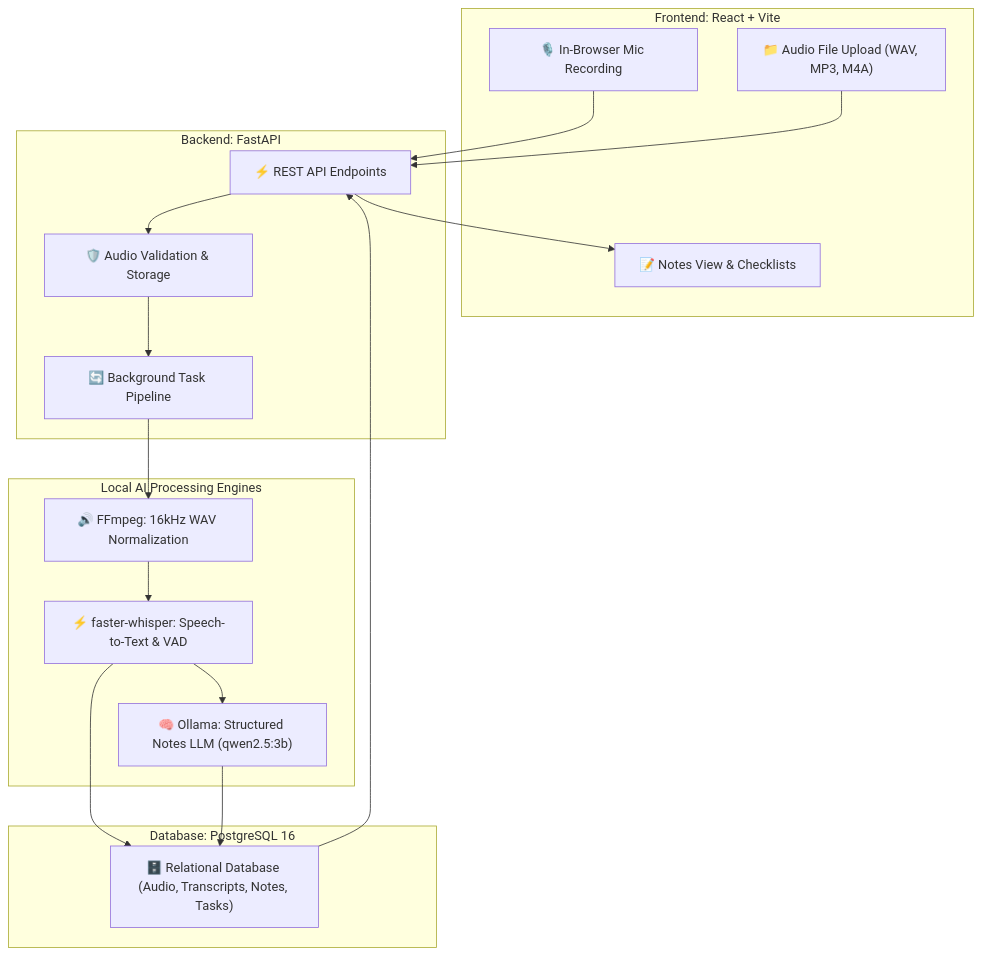
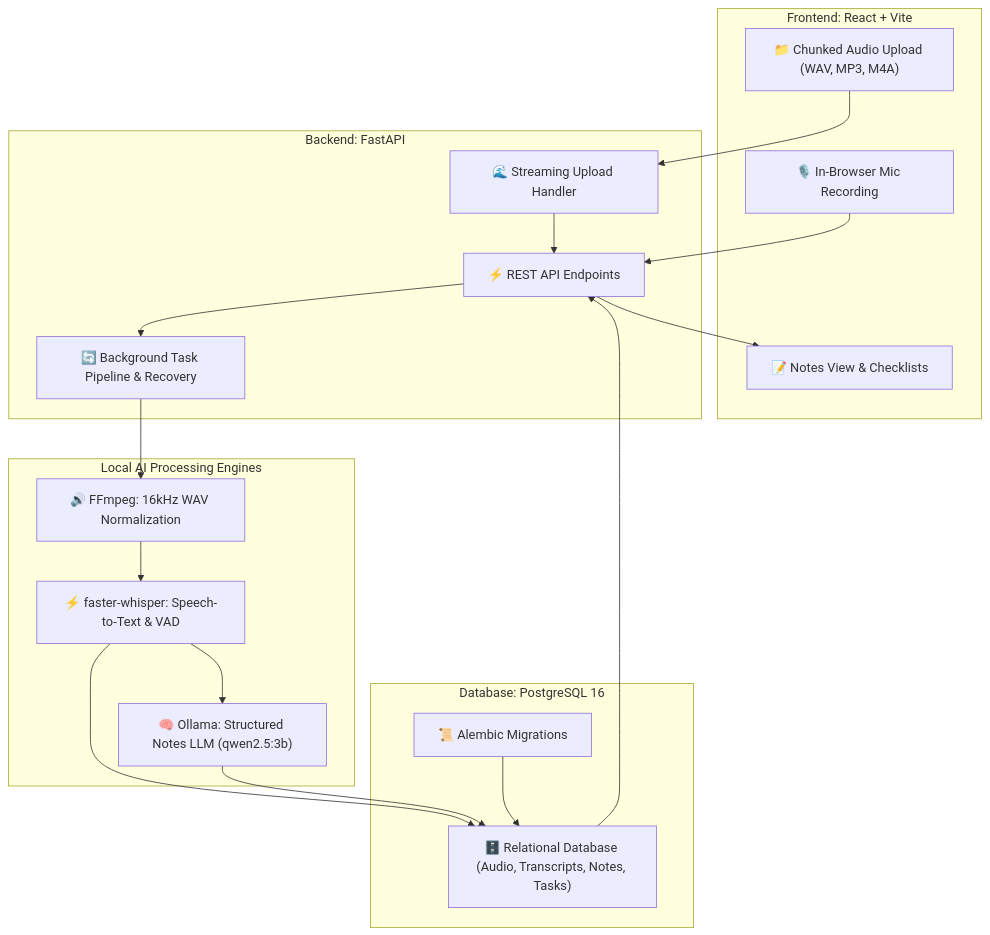
One commit to iitking/Voice-to-Notes changed the diagram in README.md. Above: the diagram before and after it, drawn with Mermaid. The commit also changed other lines of this file and 14 other files, not shown here.

First line of the commit message:
fix: address audio streaming, dynamic cors, startup job recovery, and alembic migrations

````diff
--- a/README.md
+++ b/README.md
@@ -41,36 +45,38 @@
 ```mermaid
 flowchart TD
     subgraph FE ["Frontend: React + Vite"]
         MIC["🎙️ In-Browser Mic Recording"]
-        UPL["📁 Audio File Upload (WAV, MP3, M4A)"]
+        UPL["📁 Chunked Audio Upload (WAV, MP3, M4A)"]
         UI["📝 Notes View & Checklists"]
     end
 
     subgraph BE ["Backend: FastAPI"]
         API["⚡ REST API Endpoints"]
-        VAL["🛡️ Audio Validation & Storage"]
-        WORKER["🔄 Background Task Pipeline"]
+        STREAM["🌊 Streaming Upload Handler"]
+        WORKER["🔄 Background Task Pipeline & Recovery"]
     end
 
     subgraph AI ["Local AI Processing Engines"]
         FF["🔊 FFmpeg: 16kHz WAV Normalization"]
         STT["⚡ faster-whisper: Speech-to-Text & VAD"]
         LLM["🧠 Ollama: Structured Notes LLM (qwen2.5:3b)"]
     end
 
     subgraph DB ["Database: PostgreSQL 16"]
         POSTGRES["🗄️ Relational Database (Audio, Transcripts, Notes, Tasks)"]
+        MIGRATIONS["📜 Alembic Migrations"]
     end
 
     MIC --> API
-    UPL --> API
-    API --> VAL
-    VAL --> WORKER
+    UPL --> STREAM
+    STREAM --> API
+    API --> WORKER
     WORKER --> FF
     FF --> STT
     STT --> LLM
     STT --> POSTGRES
     LLM --> POSTGRES
+    MIGRATIONS --> POSTGRES
     POSTGRES --> API
     API --> UI
 ```
````
